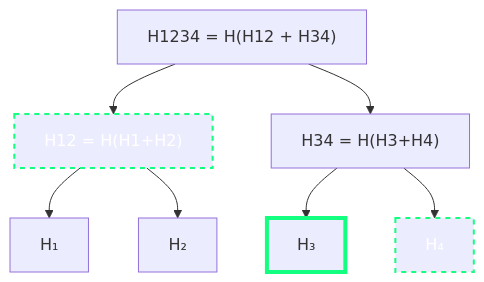
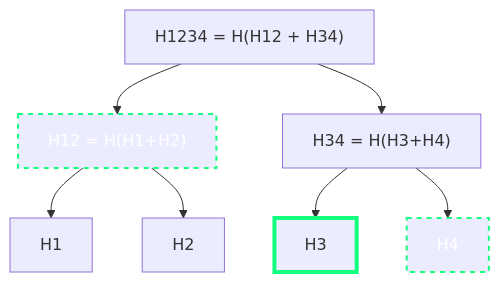
The second of 3 diagrams in README.md (wentelteefje/safe-merkleproofs), drawn with Mermaid before and after one commit. The commit also changed other lines of this file, not shown here.

````diff
--- a/README.md
+++ b/README.md
@@ -39,13 +37,12 @@
 ```mermaid
 graph TB;
-    A["H1234 = H(H12 + H34)"]-->B["H12 = H(H1+H2)"]
+    A["H1234 = H(H12 + H34)"] --> B["H12 = H(H1+H2)"]
     A-->C["H34 = H(H3+H4)"];
-    B-->D["H₁"]
-    B-->E["H₂"]
-    C-->F["H₃"]
-    C-->G["H₄"]
+    B-->D["H1"]
+    B-->E["H2"]
+    C-->F["H3"]
+    C-->G["H4"]
     style F stroke:#12FF80,stroke-width:4px
     style B stroke:#12FF80,stroke-width:2px,color:#fff,stroke-dasharray: 5 5
     style G stroke:#12FF80,stroke-width:2px,color:#fff,stroke-dasharray: 5 5
-
 ```
````
